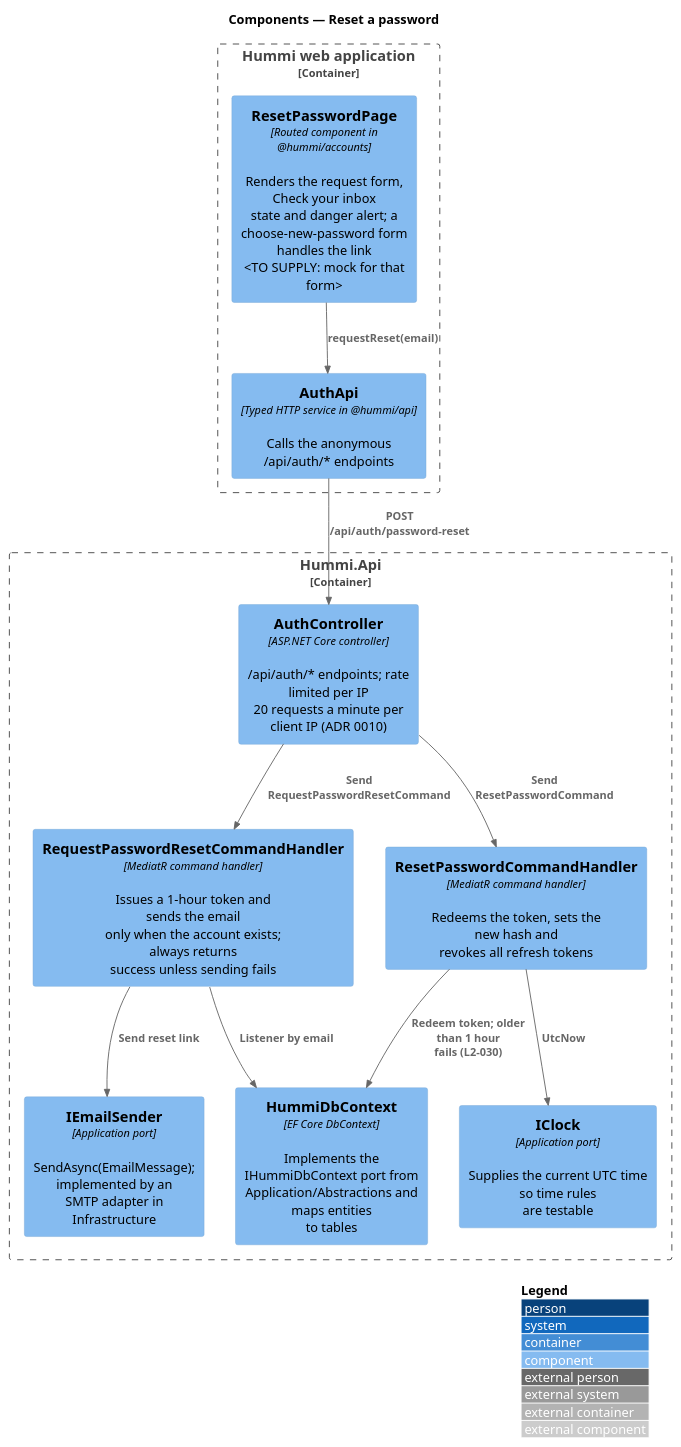
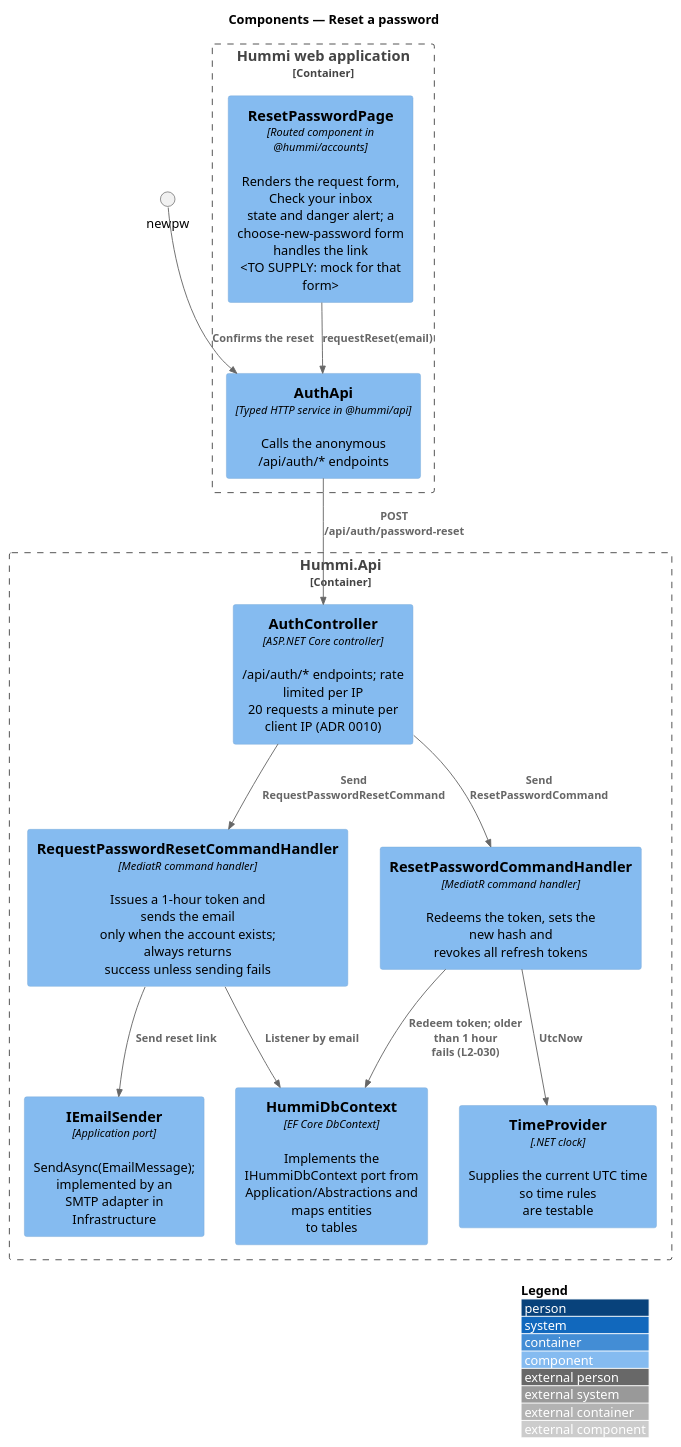
The diagram in docs/detailed-designs/accounts/reset-password/diagrams/c4-component.puml (QuinntyneBrown/hummi), drawn with PlantUML before and after one commit. The commit also changed 36 other files, not shown here.

```diff
--- a/docs/detailed-designs/accounts/reset-password/diagrams/c4-component.puml
+++ b/docs/detailed-designs/accounts/reset-password/diagrams/c4-component.puml
@@ -1,26 +1,27 @@
 @startuml
 !include <C4/C4_Component>
 LAYOUT_WITH_LEGEND()
 title Components — Reset a password
 
 Container_Boundary(spa, "Hummi web application") {
   Component(page, "ResetPasswordPage", "Routed component in @hummi/accounts", "Renders the request form, Check your inbox\nstate and danger alert; a\nchoose-new-password form handles the link\n<TO SUPPLY: mock for that form>")
   Component(client, "AuthApi", "Typed HTTP service in @hummi/api", "Calls the anonymous /api/auth/* endpoints")
 }
 Container_Boundary(api, "Hummi.Api") {
   Component(ctl, "AuthController", "ASP.NET Core controller", "/api/auth/* endpoints; rate limited per IP\n20 requests a minute per client IP (ADR 0010)")
   Component(cmd, "RequestPasswordResetCommandHandler", "MediatR command handler", "Issues a 1-hour token and sends the email\nonly when the account exists; always returns\nsuccess unless sending fails")
   Component(redeem, "ResetPasswordCommandHandler", "MediatR command handler", "Redeems the token, sets the new hash and\nrevokes all refresh tokens")
   Component(mail, "IEmailSender", "Application port", "SendAsync(EmailMessage); implemented by an\nSMTP adapter in Infrastructure")
-  Component(clock, "IClock", "Application port", "Supplies the current UTC time so time rules\nare testable")
+  Component(clock, "TimeProvider", ".NET clock", "Supplies the current UTC time so time rules\nare testable")
   Component(ctx, "HummiDbContext", "EF Core DbContext", "Implements the IHummiDbContext port from\nApplication/Abstractions and maps entities\nto tables")
 }
+Rel(newpw, client, "Confirms the reset")
 Rel(page, client, "requestReset(email)")
 Rel(client, ctl, "POST /api/auth/password-reset")
 Rel(ctl, cmd, "Send RequestPasswordResetCommand")
 Rel(cmd, ctx, "Listener by email")
 Rel(cmd, mail, "Send reset link")
 Rel(ctl, redeem, "Send ResetPasswordCommand")
 Rel(redeem, clock, "UtcNow")
 Rel(redeem, ctx, "Redeem token; older than 1 hour\nfails (L2-030)")
 @enduml
```
